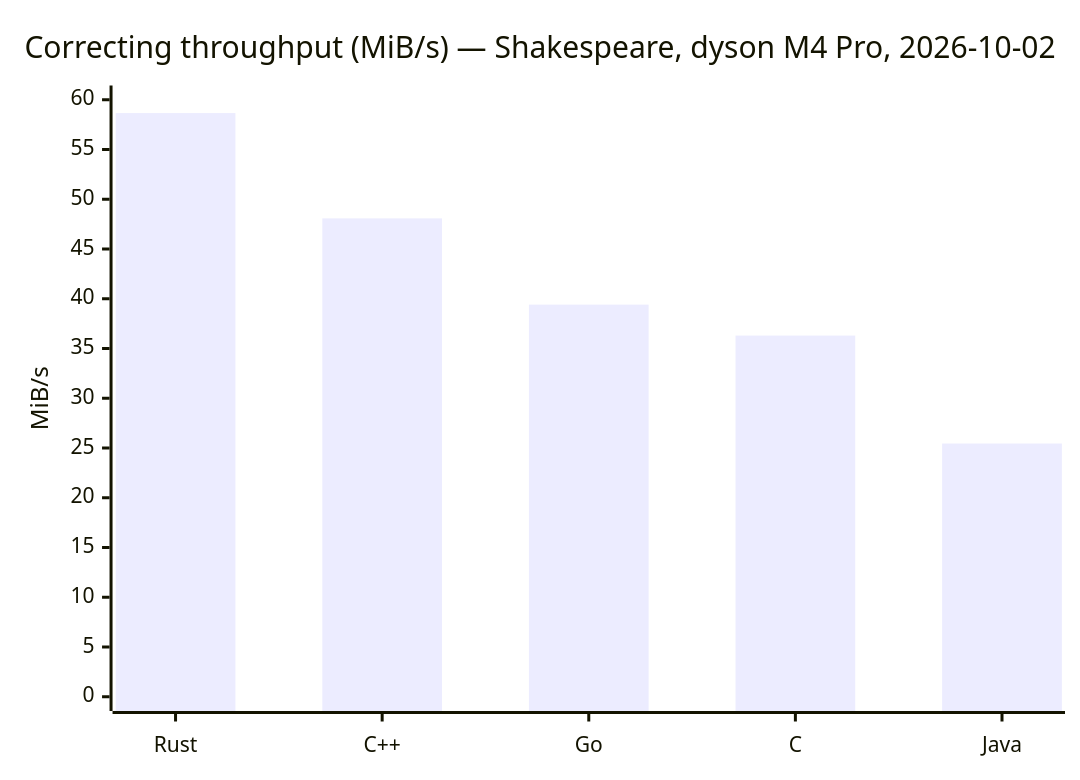
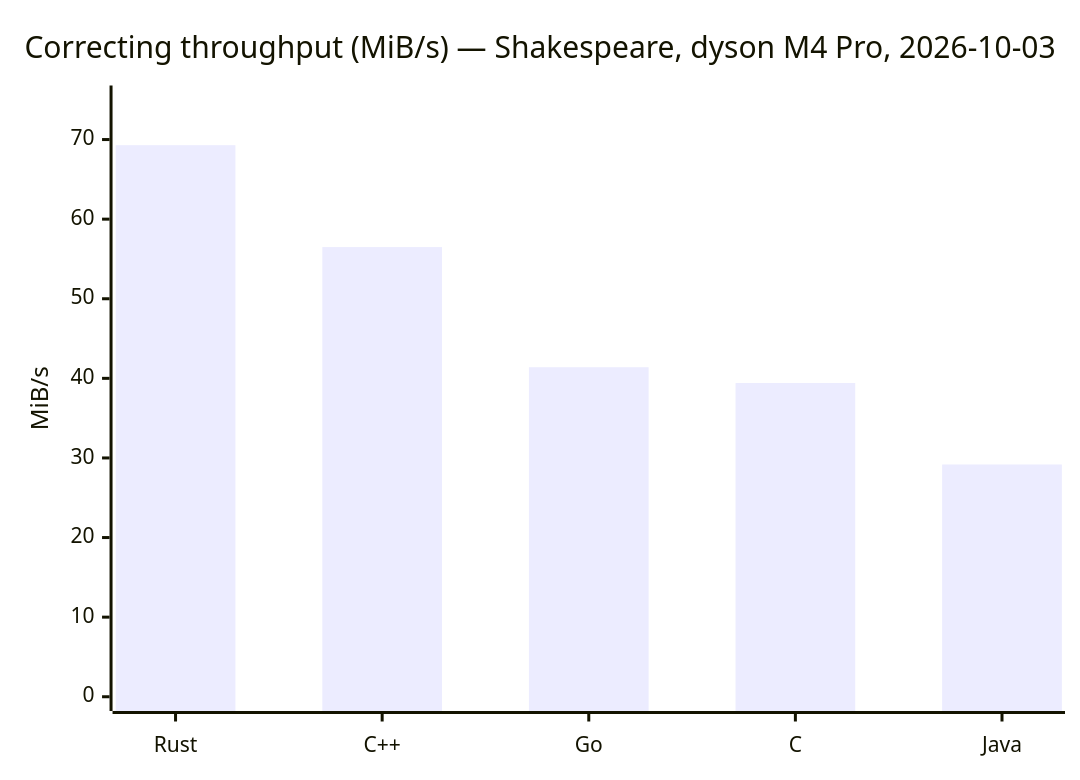
Before and after one commit to darrelllong/Delta-Compression: the fourth of 10 diagrams in ANALYSIS.md, drawn with Mermaid. The commit also changed other lines of this file and 27 other files, not shown here.

````diff
--- a/ANALYSIS.md
+++ b/ANALYSIS.md
@@ -496,7 +499,7 @@
 ```mermaid
 xychart-beta
-    title "Correcting throughput (MiB/s) — Shakespeare, dyson M4 Pro, 2026-10-02"
+    title "Correcting throughput (MiB/s) — Shakespeare, dyson M4 Pro, 2026-10-03"
     x-axis ["Rust", "C++", "Go", "C", "Java"]
-    y-axis "MiB/s" 0 --> 60
-    bar [58.66, 48.08, 39.41, 36.30, 25.45]
+    y-axis "MiB/s" 0 --> 75
+    bar [69.29, 56.49, 41.40, 39.41, 29.18]
 ```
````
